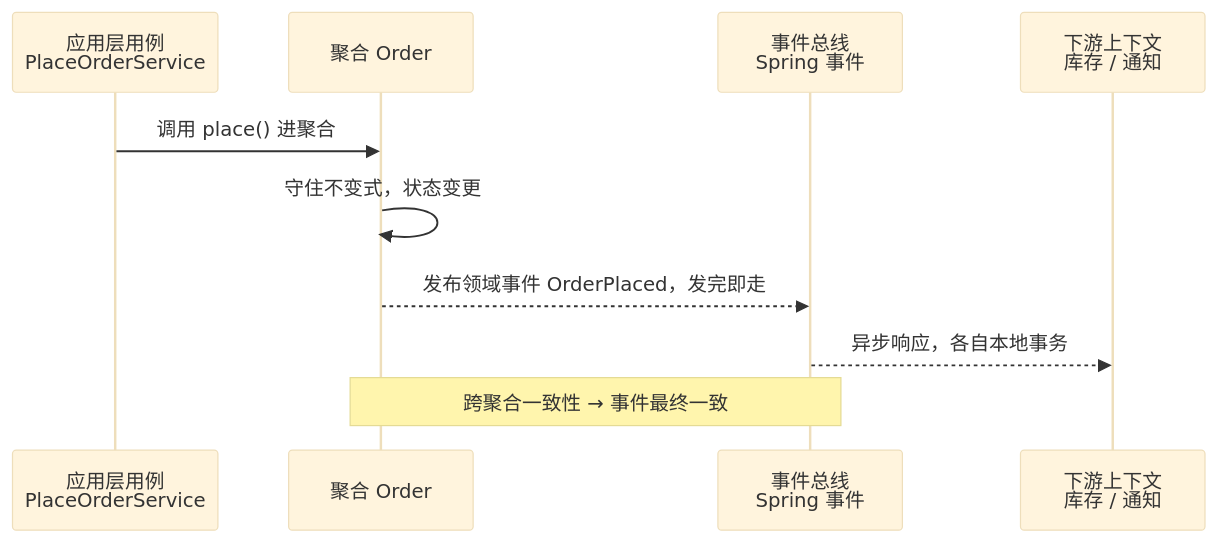
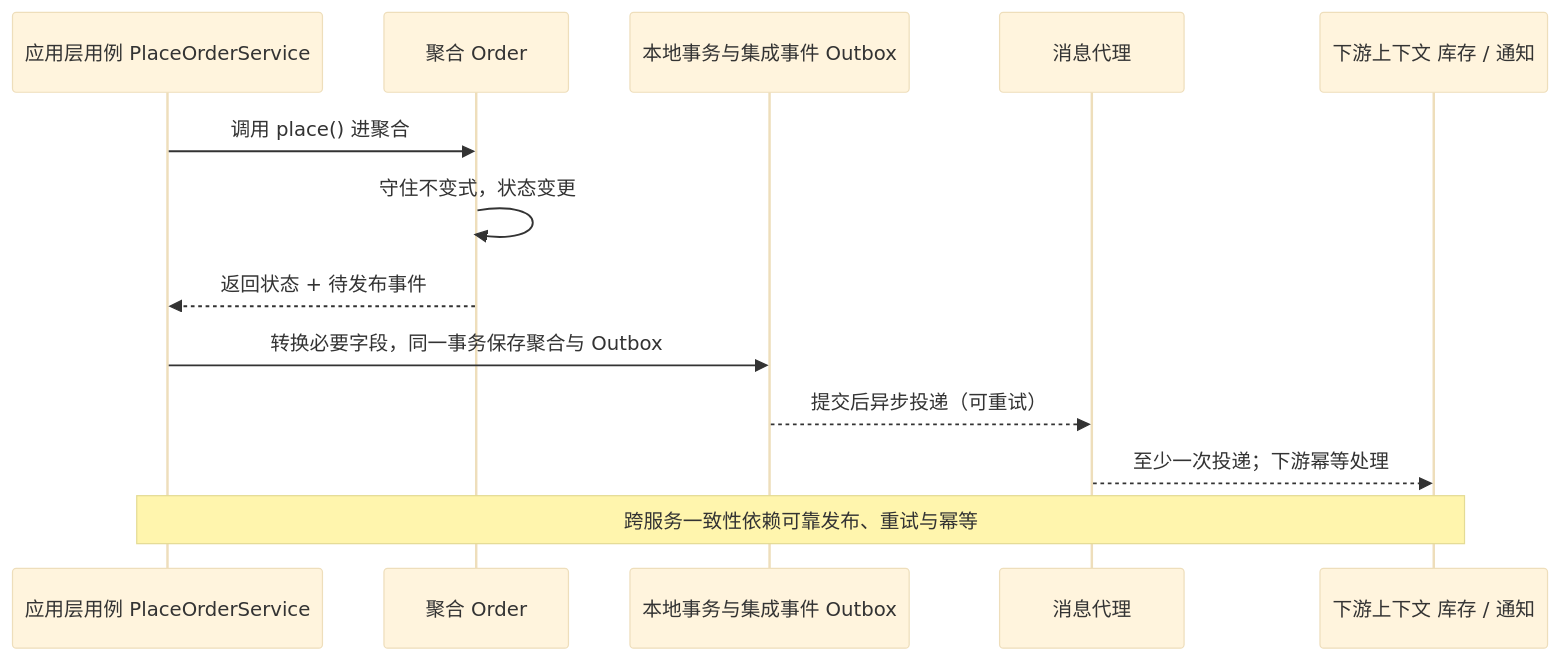
The third of 7 diagrams in docs/04-阶段四-微服务架构与分布式系统/04-DDD领域驱动设计.md (CrazyForks/java-full-stack), drawn with Mermaid (base theme) before and after one commit. The commit also changed other lines of this file and 58 other files, not shown here.

````diff
--- a/docs/04-阶段四-微服务架构与分布式系统/04-DDD领域驱动设计.md
+++ b/docs/04-阶段四-微服务架构与分布式系统/04-DDD领域驱动设计.md
@@ -223,12 +233,15 @@
 ```mermaid
 sequenceDiagram
-    participant App as 应用层用例<br/>PlaceOrderService
+    participant App as 应用层用例 PlaceOrderService
     participant Order as 聚合 Order
-    participant Bus as 事件总线<br/>Spring 事件
-    participant Down as 下游上下文<br/>库存 / 通知
+    participant Outbox as 本地事务与集成事件 Outbox
+    participant Bus as 消息代理
+    participant Down as 下游上下文 库存 / 通知
     App->>Order: 调用 place() 进聚合
     Order->>Order: 守住不变式，状态变更
-    Order-->>Bus: 发布领域事件 OrderPlaced，发完即走
-    Bus-->>Down: 异步响应，各自本地事务
-    Note over Order,Bus: 跨聚合一致性 → 事件最终一致
+    Order-->>App: 返回状态 + 待发布事件
+    App->>Outbox: 转换必要字段，同一事务保存聚合与 Outbox
+    Outbox-->>Bus: 提交后异步投递（可重试）
+    Bus-->>Down: 至少一次投递；下游幂等处理
+    Note over App,Down: 跨服务一致性依赖可靠发布、重试与幂等
 ```
````
